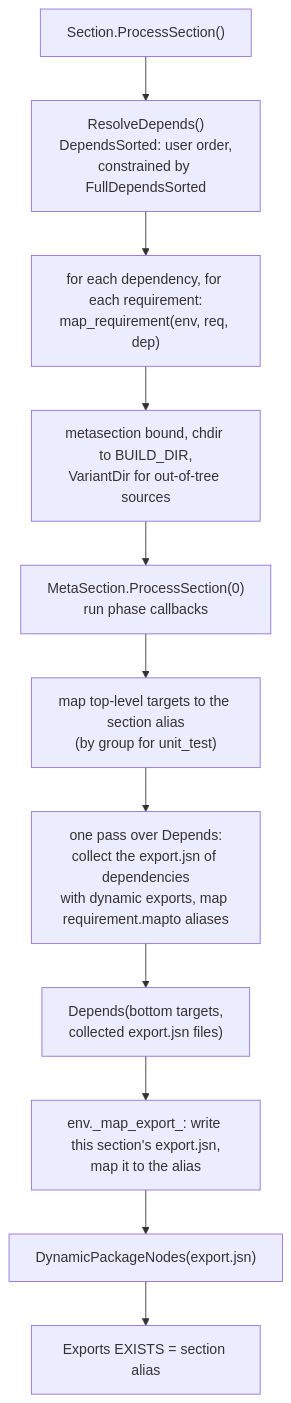
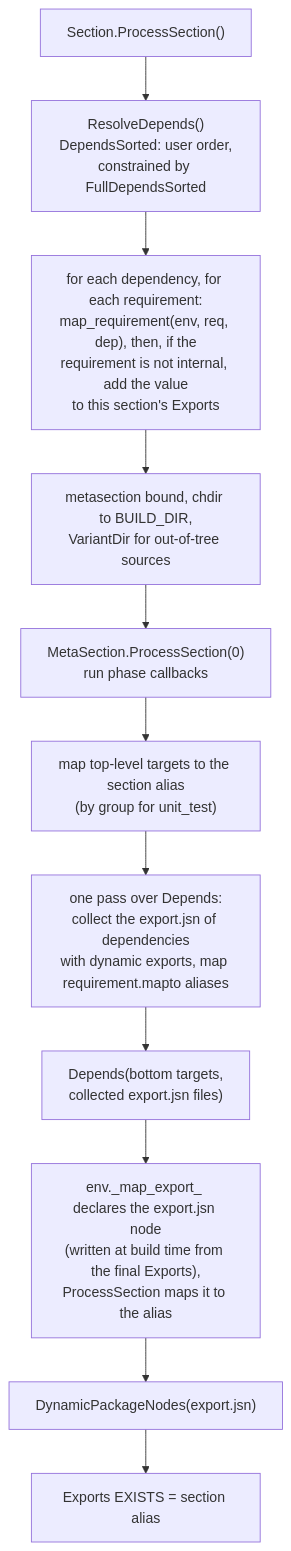
Before and after one commit to sconsparts/parts: the fourth of 6 diagrams in doc/architecture/04-sections-and-dependencies.md, drawn with Mermaid. The commit also changed other lines of this file and 8 other files, not shown here.

First line of the commit message:
Correct the architecture maps after an order-and-attribution review

````diff
--- a/doc/architecture/04-sections-and-dependencies.md
+++ b/doc/architecture/04-sections-and-dependencies.md
@@ -82,13 +83,13 @@
 ```mermaid
 flowchart TD
     A["Section.ProcessSection()"] --> B["ResolveDepends()<br/>DependsSorted: user order,<br/>constrained by FullDependsSorted"]
-    B --> C["for each dependency, for each requirement:<br/>map_requirement(env, req, dep)"]
+    B --> C["for each dependency, for each requirement:<br/>map_requirement(env, req, dep), then, if the<br/>requirement is not internal, add the value<br/>to this section's Exports"]
     C --> D["metasection bound, chdir to BUILD_DIR,<br/>VariantDir for out-of-tree sources"]
     D --> E["MetaSection.ProcessSection(0)<br/>run phase callbacks"]
     E --> F["map top-level targets to the section alias<br/>(by group for unit_test)"]
     F --> G["one pass over Depends:<br/>collect the export.jsn of dependencies<br/>with dynamic exports, map requirement.mapto aliases"]
     G --> H["Depends(bottom targets,<br/>collected export.jsn files)"]
-    H --> I["env._map_export_: write this section's export.jsn,<br/>map it to the alias"]
+    H --> I["env._map_export_ declares the export.jsn node<br/>(written at build time from the final Exports),<br/>ProcessSection maps it to the alias"]
     I --> J["DynamicPackageNodes(export.jsn)"]
     J --> K["Exports EXISTS = section alias"]
 ```
````
